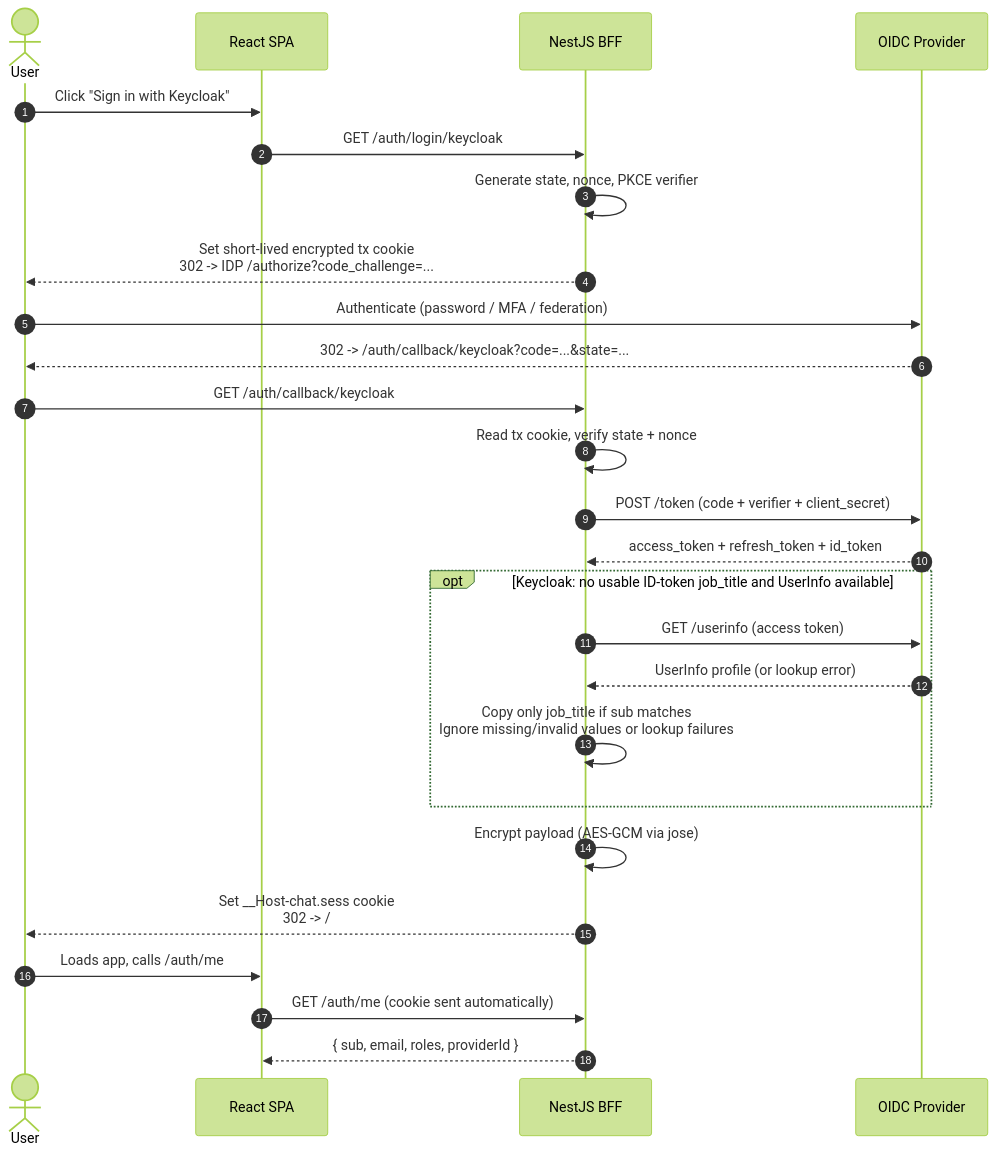
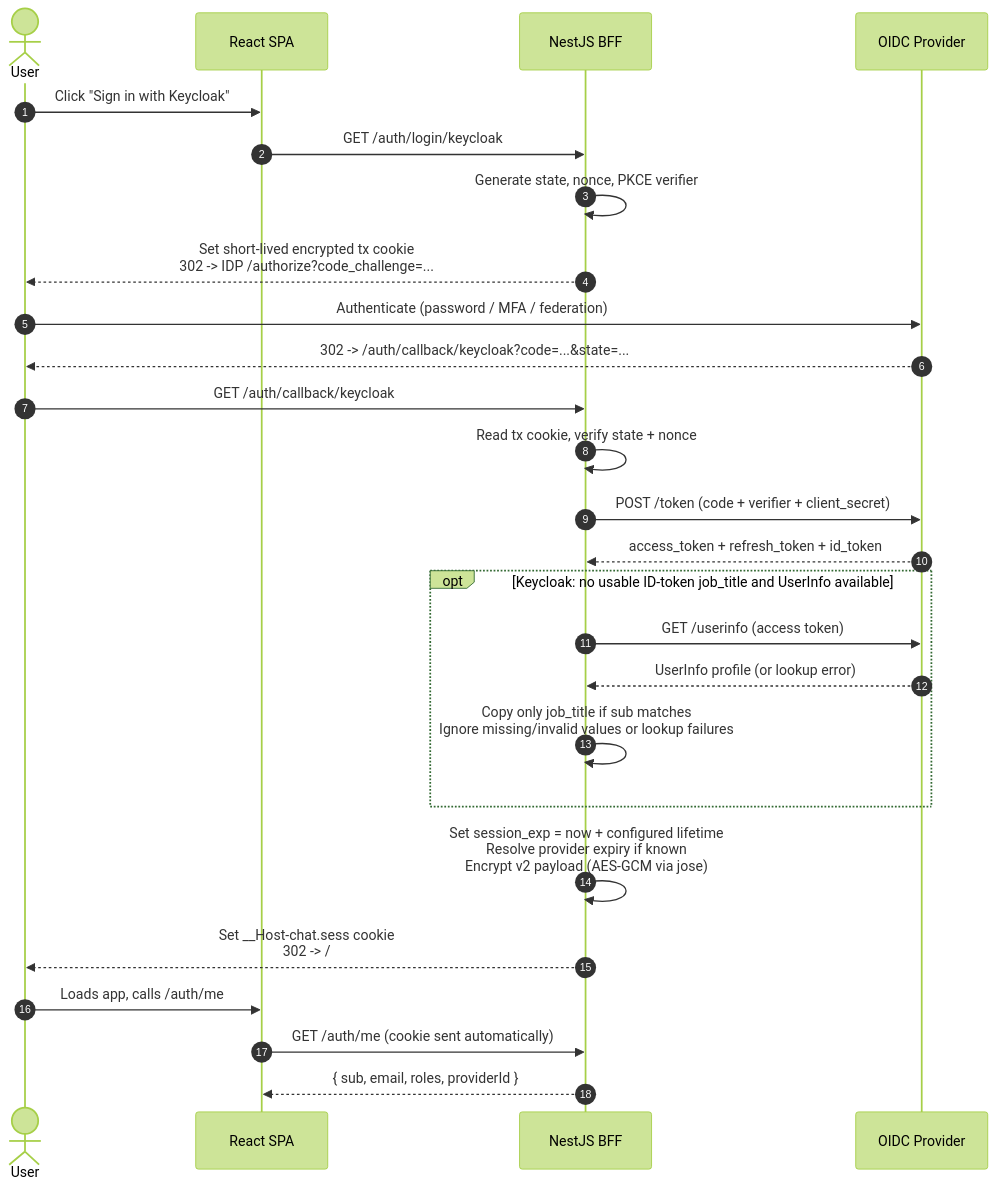
Before and after one commit to epam/ai-dial-chat: the diagram in docs/auth/auth-diagrams/03-login-flow.mmd, drawn with Mermaid (forest theme). The commit also changed 31 other files, not shown here.

```diff
--- a/docs/auth/auth-diagrams/03-login-flow.mmd
+++ b/docs/auth/auth-diagrams/03-login-flow.mmd
@@ -1,31 +1,31 @@
 %% Login flow: Authorization Code + PKCE through the BFF.
 %% Transient tx cookie holds state/nonce/code_verifier during redirect.
 %% Final session cookie is JWE-encrypted with HttpOnly + Secure + SameSite=Lax/None.
 
 sequenceDiagram
     autonumber
     actor U as User
     participant SPA as React SPA
     participant BFF as NestJS BFF
     participant IDP as OIDC Provider
 
     U->>SPA: Click "Sign in with Keycloak"
     SPA->>BFF: GET /auth/login/keycloak
     BFF->>BFF: Generate state, nonce, PKCE verifier
     BFF-->>U: Set short-lived encrypted tx cookie<br/>302 -> IDP /authorize?code_challenge=...
     U->>IDP: Authenticate (password / MFA / federation)
     IDP-->>U: 302 -> /auth/callback/keycloak?code=...&state=...
     U->>BFF: GET /auth/callback/keycloak
     BFF->>BFF: Read tx cookie, verify state + nonce
     BFF->>IDP: POST /token (code + verifier + client_secret)
     IDP-->>BFF: access_token + refresh_token + id_token
     opt Keycloak: no usable ID-token job_title and UserInfo available
         BFF->>IDP: GET /userinfo (access token)
         IDP-->>BFF: UserInfo profile (or lookup error)
         BFF->>BFF: Copy only job_title if sub matches<br/>Ignore missing/invalid values or lookup failures
     end
-    BFF->>BFF: Encrypt payload (AES-GCM via jose)
+    BFF->>BFF: Set session_exp = now + configured lifetime<br/>Resolve provider expiry if known<br/>Encrypt v2 payload (AES-GCM via jose)
     BFF-->>U: Set __Host-chat.sess cookie<br/>302 -> /
     U->>SPA: Loads app, calls /auth/me
     SPA->>BFF: GET /auth/me (cookie sent automatically)
     BFF-->>SPA: { sub, email, roles, providerId }
```
